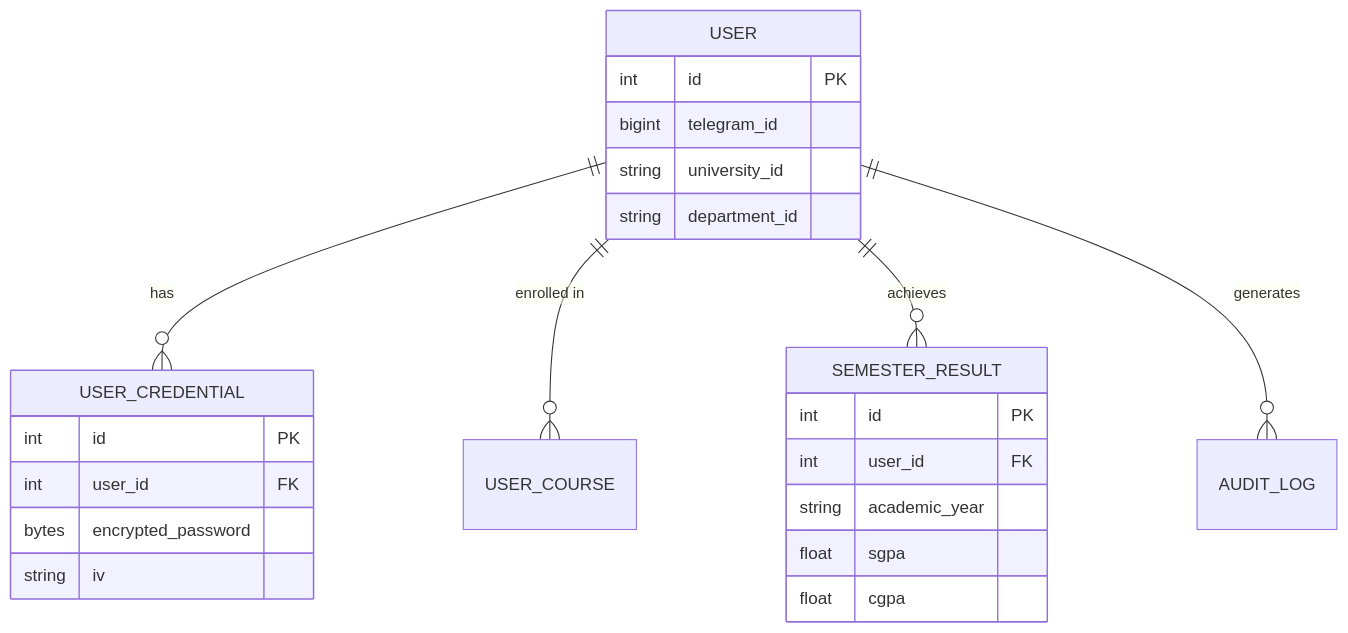
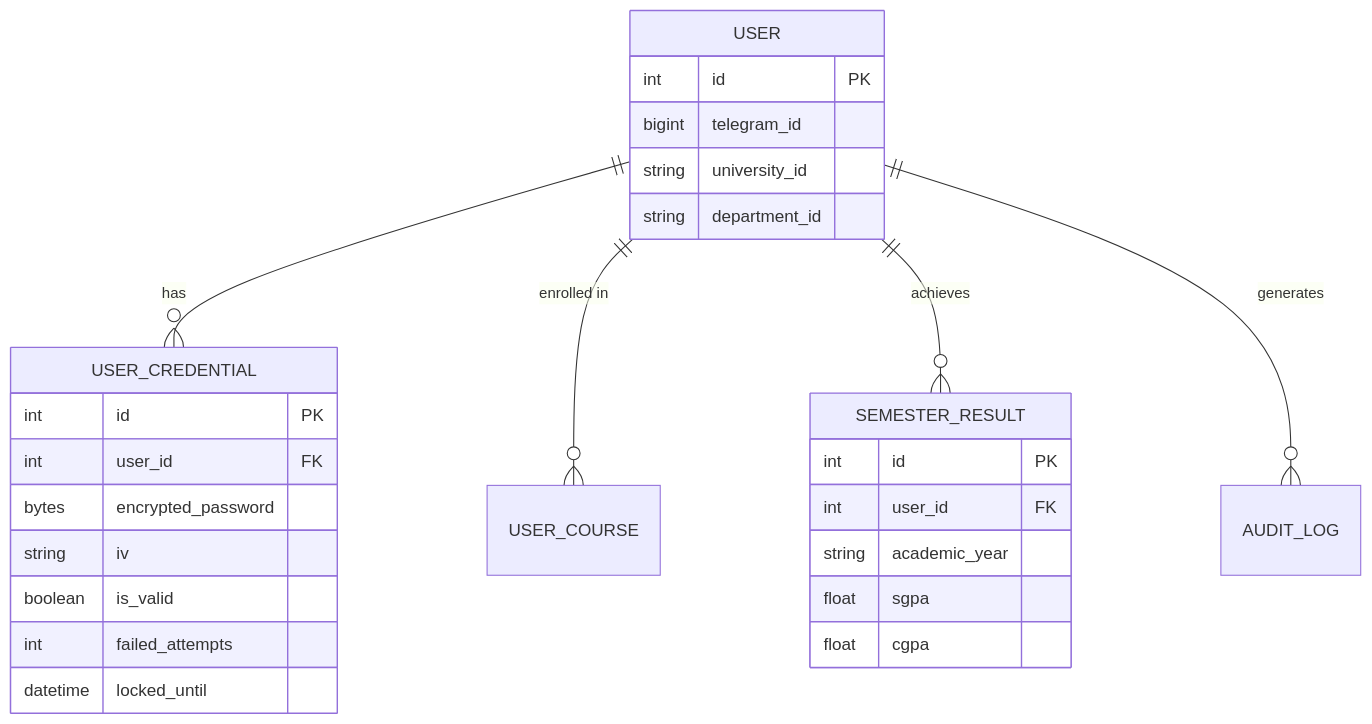
Before and after one commit to ob22a/aau_grade_bot: the third of 3 diagrams in docs/README.md, drawn with Mermaid. The commit also changed other lines of this file and 1 other file, not shown here.

Commit message:
docs: fix mermaid text wrapping, update ER diagrams with ADR 021 fields, and add directory links

````diff
--- a/docs/README.md
+++ b/docs/README.md
@@ -106,29 +106,32 @@
 ```mermaid
 erDiagram
     USER ||--o{ USER_CREDENTIAL : "has"
     USER ||--o{ USER_COURSE : "enrolled in"
     USER ||--o{ SEMESTER_RESULT : "achieves"
     USER ||--o{ AUDIT_LOG : "generates"
     
     USER {
         int id PK
         bigint telegram_id
         string university_id
         string department_id
     }
     
     USER_CREDENTIAL {
         int id PK
         int user_id FK
         bytes encrypted_password
         string iv
+        boolean is_valid
+        int failed_attempts
+        datetime locked_until
     }
     
     SEMESTER_RESULT {
         int id PK
         int user_id FK
         string academic_year
         float sgpa
         float cgpa
     }
 ```
````
